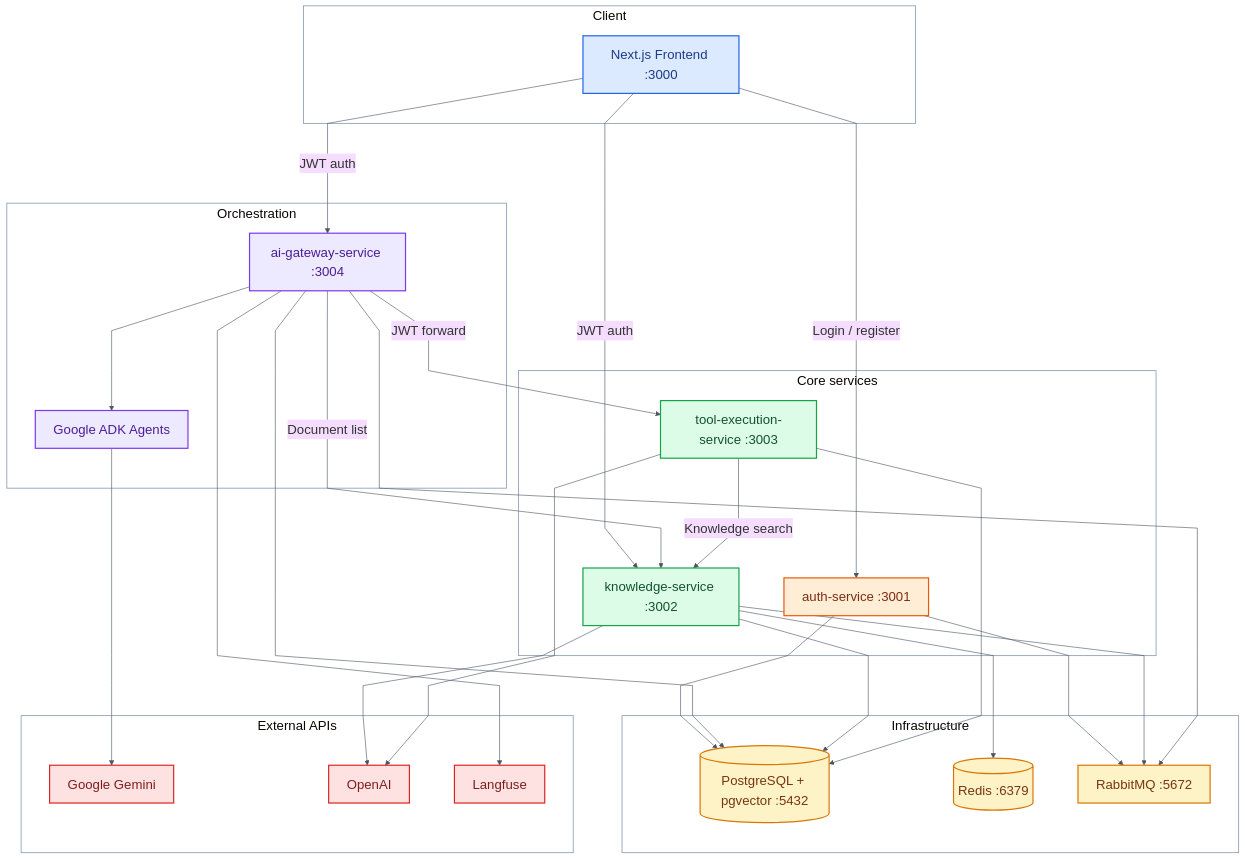
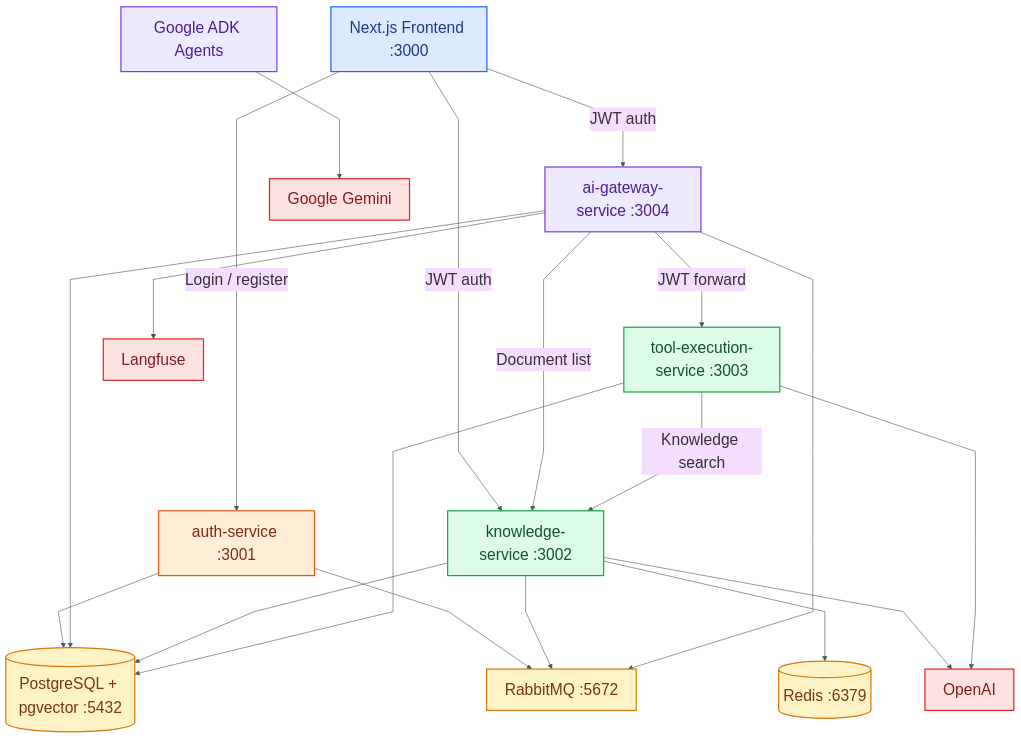
One commit to Danilka-Akarawita/Assignment changed the first of 2 diagrams in README.md. Above: the diagram before and after it, drawn with Mermaid.

Commit message:
refcatire the diagram

````diff
--- a/README.md
+++ b/README.md
@@ -34,75 +34,54 @@
 ```mermaid
-%%{init: {'theme':'base','flowchart': {'curve':'linear','nodeSpacing': 75,'rankSpacing': 100},'themeVariables': {'fontFamily':'Arial','fontSize':'22px','lineColor':'#4b5563','clusterBkg':'transparent','clusterBorder':'#94a3b8'}}}%%
+%%{init: {'theme':'base','flowchart': {'curve':'linear','nodeSpacing': 90,'rankSpacing': 120},'themeVariables': {'fontFamily':'Arial','fontSize':'26px','lineColor':'#4b5563'}}}%%
 flowchart TB
-  subgraph client [Client]
-    FE[Next.js Frontend :3000]
-  end
-
-  subgraph gateway [Orchestration]
-    GW[ai-gateway-service :3004]
-    ADK[Google ADK Agents]
-    GW --> ADK
-  end
-
-  subgraph core [Core services]
-    AUTH[auth-service :3001]
-    KNOW[knowledge-service :3002]
-    TOOLS[tool-execution-service :3003]
-  end
-
-  subgraph infra [Infrastructure]
-    PG[(PostgreSQL + pgvector :5432)]
-    REDIS[(Redis :6379)]
-    RMQ[RabbitMQ :5672]
-  end
-
-  subgraph external [External APIs]
-    GEMINI[Google Gemini]
-    OPENAI[OpenAI]
-    LF[Langfuse]
-  end
+  FE[Next.js Frontend :3000]
+  AUTH[auth-service :3001]
+  GW[ai-gateway-service :3004]
+  ADK[Google ADK Agents]
+  KNOW[knowledge-service :3002]
+  TOOLS[tool-execution-service :3003]
+  PG[(PostgreSQL + pgvector :5432)]
+  REDIS[(Redis :6379)]
+  RMQ[RabbitMQ :5672]
+  GEMINI[Google Gemini]
+  OPENAI[OpenAI]
+  LF[Langfuse]
 
   FE -->|Login / register| AUTH
   FE -->|JWT auth| GW
   FE -->|JWT auth| KNOW
 
   GW -->|Document list| KNOW
   GW -->|JWT forward| TOOLS
   TOOLS -->|Knowledge search| KNOW
 
   AUTH --> PG
   GW --> PG
   KNOW --> PG
   TOOLS --> PG
 
   KNOW --> REDIS
   KNOW --> OPENAI
   TOOLS --> OPENAI
 
   AUTH --> RMQ
   KNOW --> RMQ
   GW --> RMQ
 
   ADK --> GEMINI
   GW --> LF
 
-  style client fill:transparent,stroke:#94a3b8,stroke-width:1.5px
-  style gateway fill:transparent,stroke:#94a3b8,stroke-width:1.5px
-  style core fill:transparent,stroke:#94a3b8,stroke-width:1.5px
-  style infra fill:transparent,stroke:#94a3b8,stroke-width:1.5px
-  style external fill:transparent,stroke:#94a3b8,stroke-width:1.5px
-
   classDef ui fill:#dbeafe,stroke:#2563eb,color:#1e3a8a,stroke-width:2px;
   classDef auth fill:#ffedd5,stroke:#ea580c,color:#7c2d12,stroke-width:2px;
   classDef gateway fill:#ede9fe,stroke:#7c3aed,color:#4c1d95,stroke-width:2px;
   classDef services fill:#dcfce7,stroke:#16a34a,color:#14532d,stroke-width:2px;
   classDef storage fill:#fef3c7,stroke:#d97706,color:#78350f,stroke-width:2px;
   classDef external fill:#fee2e2,stroke:#dc2626,color:#7f1d1d,stroke-width:2px;
 
   class FE ui;
   class AUTH auth;
   class GW,ADK gateway;
   class KNOW,TOOLS services;
   class PG,REDIS,RMQ storage;
   class GEMINI,OPENAI,LF external;
 ```
````
